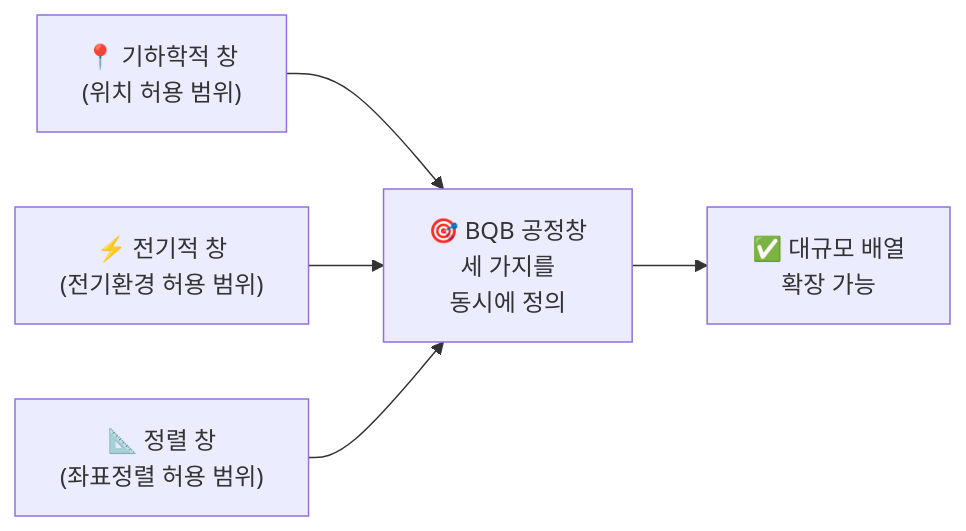
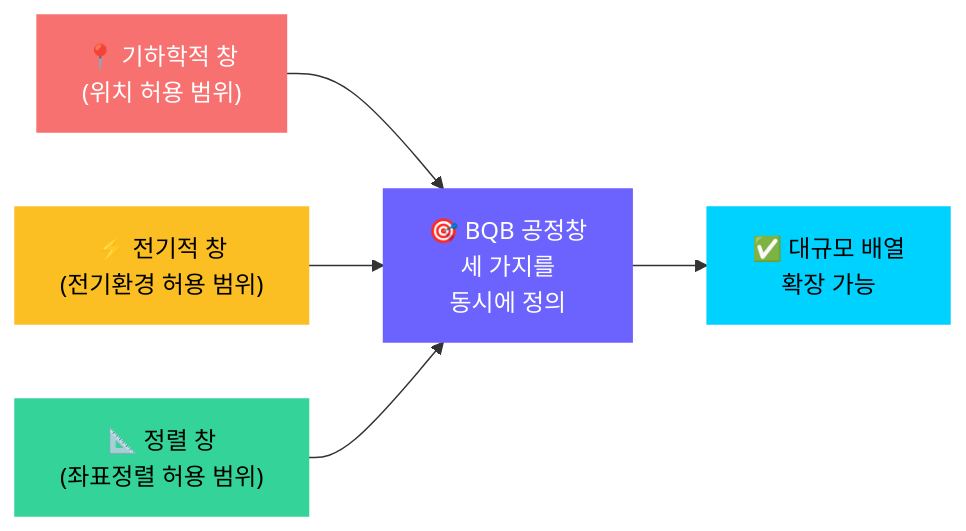
Before and after one commit to lee6147/Quantum_BQB: the first of 4 diagrams in README.md, drawn with Mermaid. The commit also changed other lines of this file, not shown here.

````diff
--- a/README.md
+++ b/README.md
@@ -227,7 +319,13 @@
 ```mermaid
 graph LR
     A["📍 기하학적 창<br/>(위치 허용 범위)"] --> D["🎯 BQB 공정창<br/>세 가지를<br/>동시에 정의"]
     B["⚡ 전기적 창<br/>(전기환경 허용 범위)"] --> D
     C["📐 정렬 창<br/>(좌표정렬 허용 범위)"] --> D
     D --> E["✅ 대규모 배열<br/>확장 가능"]
+
+    style A fill:#f87171,stroke:#f87171,color:#fff
+    style B fill:#fbbf24,stroke:#fbbf24,color:#000
+    style C fill:#34d399,stroke:#34d399,color:#000
+    style D fill:#6C63FF,stroke:#6C63FF,color:#fff
+    style E fill:#00d2ff,stroke:#00d2ff,color:#000
 ```
````
